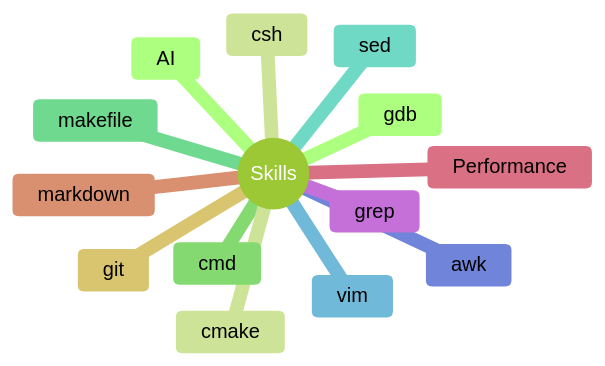
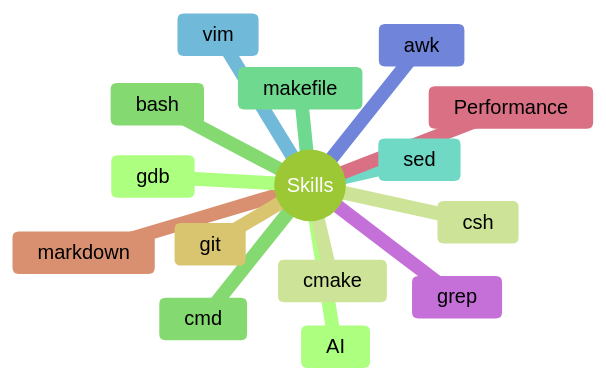
Before and after one commit to superupon/knowledge_zh: the diagram in notes/skill/skill_entry.md, drawn with Mermaid (forest theme). The commit also changed other lines of this file and 1 other file, not shown here.

Commit message:
[misc] new entry for bash

````diff
--- a/notes/skill/skill_entry.md
+++ b/notes/skill/skill_entry.md
@@ -17,17 +18,18 @@
 ```mermaid
 mindmap
 root((Skills))
   AI
   csh
   cmd
   makefile
   sed
   vim
   awk
   grep
   Performance
   markdown
   git
   gdb
   cmake
+  bash
 ```
````
